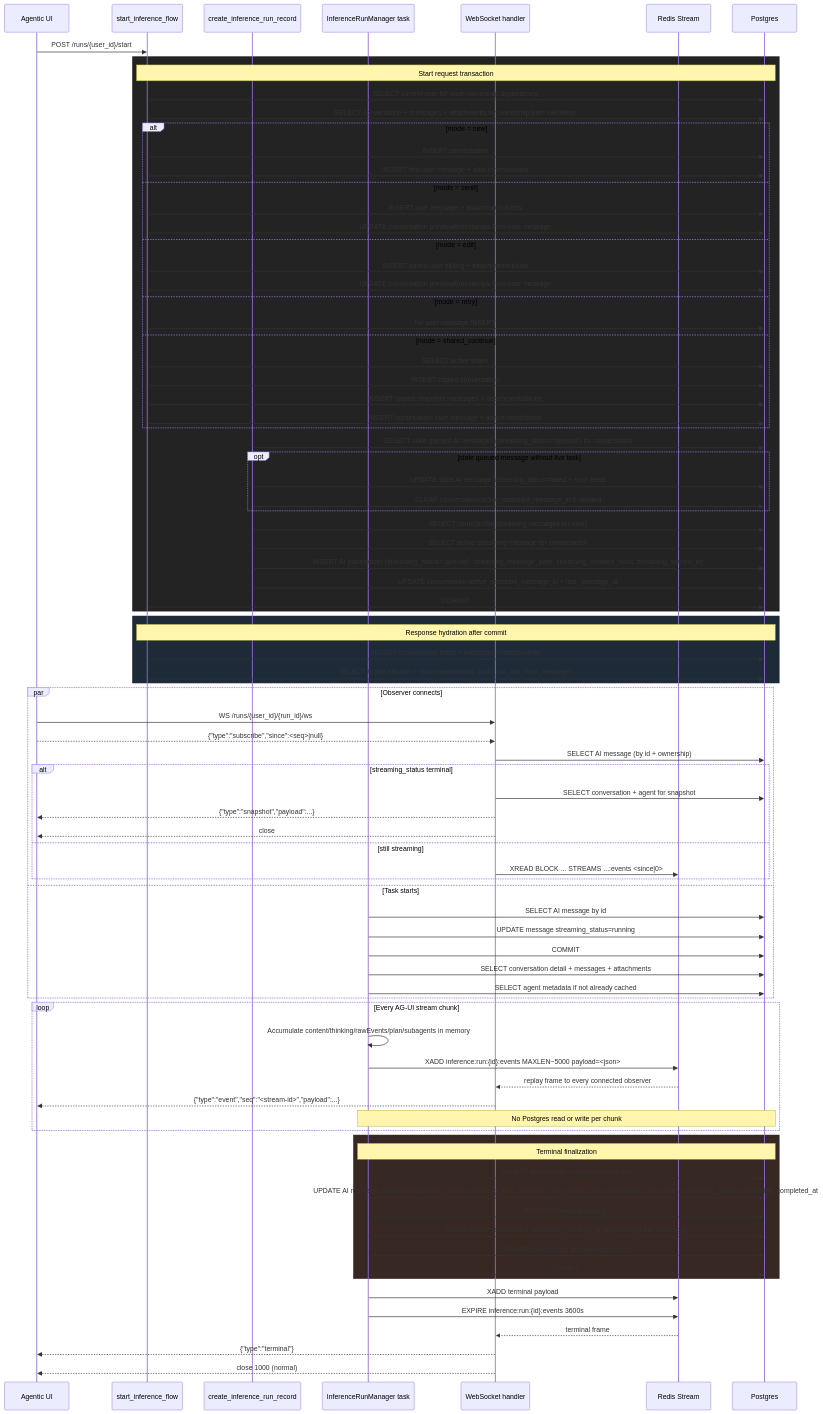
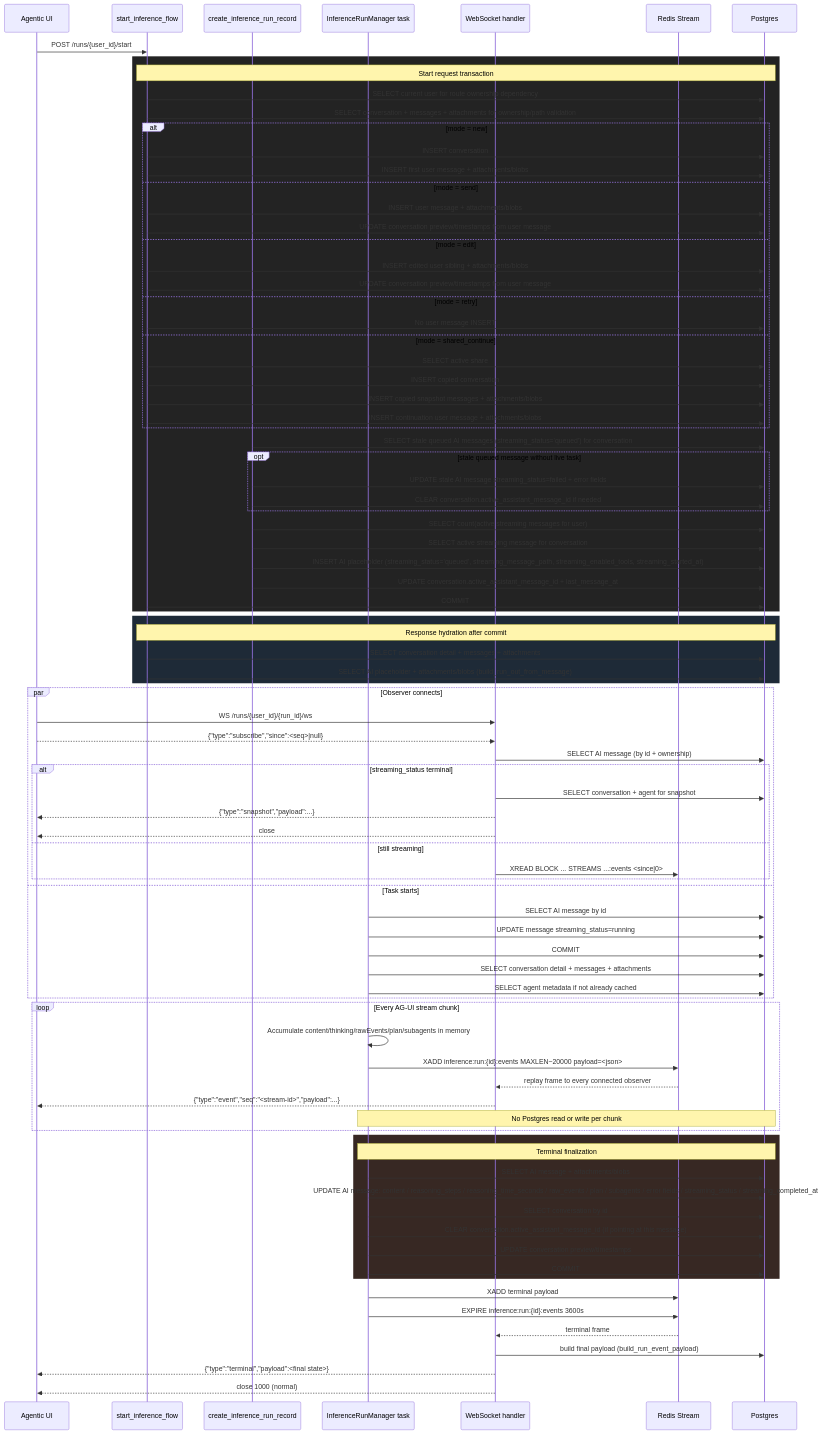
One commit to konstantinosmpouros/mAgenticX changed the third of 9 diagrams in docs/flows/inference-streaming.md. Above: the diagram before and after it, drawn with Mermaid. The commit also changed other lines of this file and 39 other files, not shown here.

Commit message:
Agent run timeline rebuild: event-log fold + interleaved CoT/content + HITL takeover

````diff
--- a/docs/flows/inference-streaming.md
+++ b/docs/flows/inference-streaming.md
@@ -180,7 +182,7 @@
 
     loop Every AG-UI stream chunk
         Task->>Task: Accumulate content/thinking/rawEvents/plan/subagents in memory
-        Task->>Redis: XADD inference:run:{id}:events MAXLEN~5000 payload=<json>
+        Task->>Redis: XADD inference:run:{id}:events MAXLEN~20000 payload=<json>
         Redis-->>WS: replay frame to every connected observer
         WS-->>UI: {"type":"event","seq":"<stream-id>","payload":...}
         Note over Task,PG: No Postgres read or write per chunk
@@ -199,6 +201,7 @@
     Task->>Redis: XADD terminal payload
     Task->>Redis: EXPIRE inference:run:{id}:events 3600s
     Redis-->>WS: terminal frame
-    WS-->>UI: {"type":"terminal"}
+    WS->>PG: build final payload (build_run_event_payload)
+    WS-->>UI: {"type":"terminal","payload":<final state>}
     WS-->>UI: close 1000 (normal)
 ```
````
